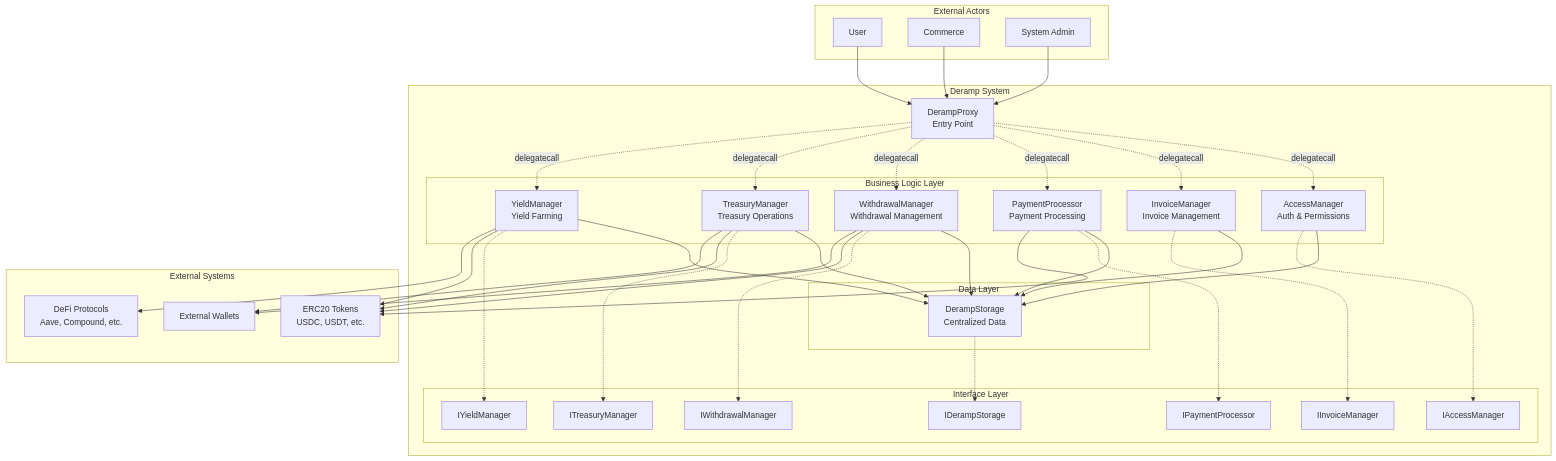
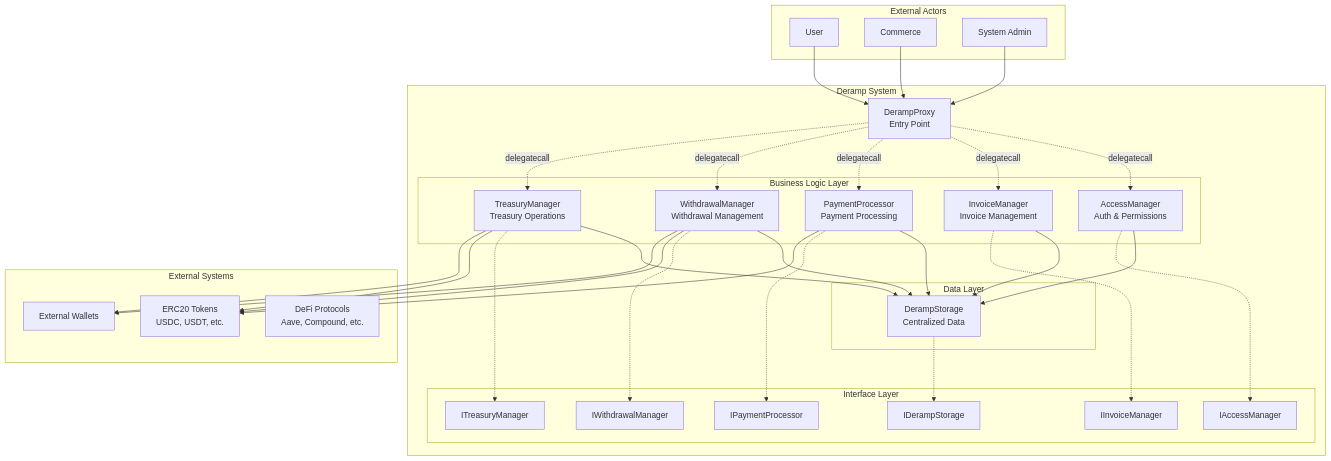
The first of 6 diagrams in docs/ARCHITECTURE.md (csacanam/deramp-contracts), drawn with Mermaid before and after one commit. The commit also changed other lines of this file and 6 other files, not shown here.

````diff
--- a/docs/ARCHITECTURE.md
+++ b/docs/ARCHITECTURE.md
@@ -147,79 +135,72 @@
 ```mermaid
 graph TB
     %% External Actors
     subgraph "External Actors"
         User[User]
         Commerce[Commerce]
         Admin[System Admin]
     end
 
     %% Main System
     subgraph "Deramp System"
         Proxy[DerampProxy<br/>Entry Point]
 
         subgraph "Business Logic Layer"
             AccessMgr[AccessManager<br/>Auth & Permissions]
             InvoiceMgr[InvoiceManager<br/>Invoice Management]
             PaymentProc[PaymentProcessor<br/>Payment Processing]
             WithdrawalMgr[WithdrawalManager<br/>Withdrawal Management]
             TreasuryMgr[TreasuryManager<br/>Treasury Operations]
-            YieldMgr[YieldManager<br/>Yield Farming]
         end
 
         subgraph "Data Layer"
             Storage[DerampStorage<br/>Centralized Data]
         end
 
         subgraph "Interface Layer"
             IAccessMgr[IAccessManager]
             IInvoiceMgr[IInvoiceManager]
             IPaymentProc[IPaymentProcessor]
             IWithdrawalMgr[IWithdrawalManager]
             ITreasuryMgr[ITreasuryManager]
-            IYieldMgr[IYieldManager]
             IStorage[IDerampStorage]
         end
     end
 
     %% External Systems
     subgraph "External Systems"
         ERC20[ERC20 Tokens<br/>USDC, USDT, etc.]
         Wallets[External Wallets]
         DeFi[DeFi Protocols<br/>Aave, Compound, etc.]
     end
 
     %% Connections
     User --> Proxy
     Commerce --> Proxy
     Admin --> Proxy
 
     Proxy -.->|delegatecall| AccessMgr
     Proxy -.->|delegatecall| InvoiceMgr
     Proxy -.->|delegatecall| PaymentProc
     Proxy -.->|delegatecall| WithdrawalMgr
     Proxy -.->|delegatecall| TreasuryMgr
-    Proxy -.->|delegatecall| YieldMgr
 
     AccessMgr --> Storage
     InvoiceMgr --> Storage
     PaymentProc --> Storage
     WithdrawalMgr --> Storage
     TreasuryMgr --> Storage
-    YieldMgr --> Storage
 
     AccessMgr -.-> IAccessMgr
     InvoiceMgr -.-> IInvoiceMgr
     PaymentProc -.-> IPaymentProc
     WithdrawalMgr -.-> IWithdrawalMgr
     TreasuryMgr -.-> ITreasuryMgr
-    YieldMgr -.-> IYieldMgr
     Storage -.-> IStorage
 
     PaymentProc --> ERC20
     WithdrawalMgr --> ERC20
     TreasuryMgr --> ERC20
-    YieldMgr --> ERC20
-    YieldMgr --> DeFi
     WithdrawalMgr --> Wallets
     TreasuryMgr --> Wallets
 ```
````
